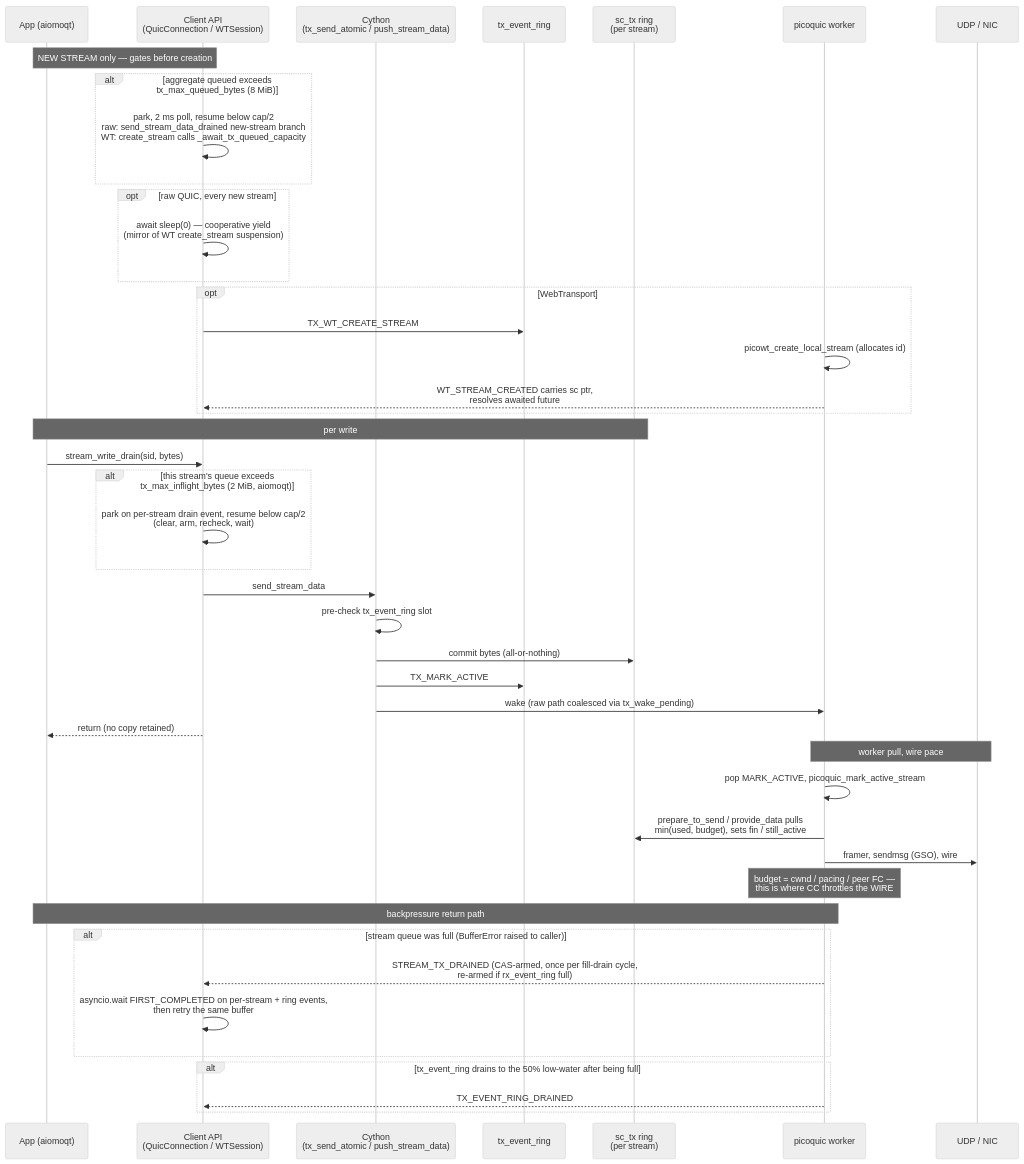
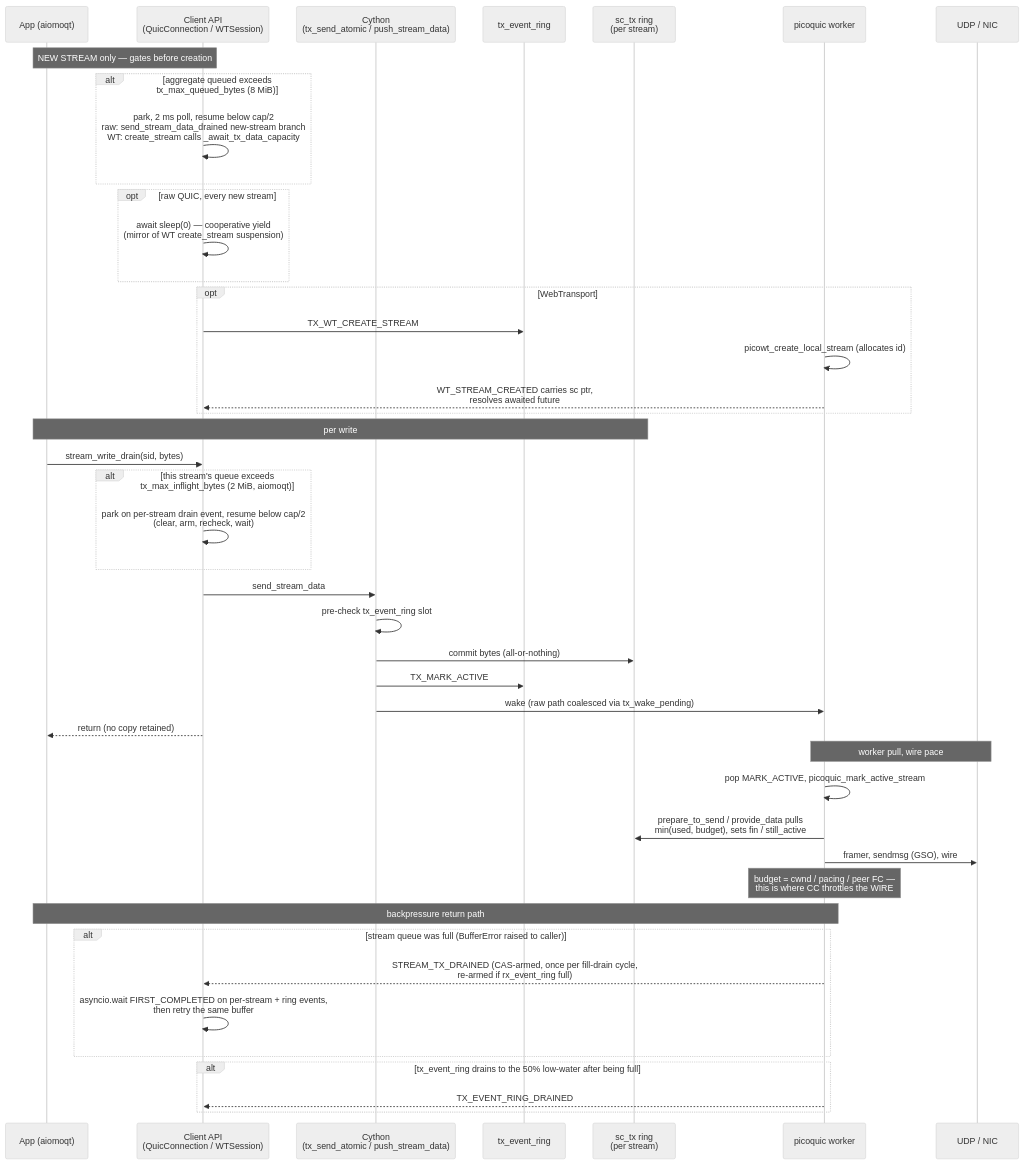
The first of 2 diagrams in DATAFLOW.md (gmarzot/aiopquic), drawn with Mermaid (neutral theme) before and after one commit. The commit also changed 15 other files, not shown here.

First line of the commit message:
0.3.7-wip: data-ring vs event-ring nomenclature — API renames (T2.5)

````diff
--- a/DATAFLOW.md
+++ b/DATAFLOW.md
@@ -43,50 +43,50 @@
 ```mermaid
 sequenceDiagram
     participant App as App (aiomoqt)
     participant API as Client API<br/>(QuicConnection / WTSession)
     participant CY as Cython<br/>(tx_send_atomic / push_stream_data)
     participant TXR as tx_event_ring
     participant SCTX as sc_tx ring<br/>(per stream)
     participant WK as picoquic worker
     participant NIC as UDP / NIC
 
     Note over App,API: NEW STREAM only — gates before creation
     alt aggregate queued exceeds tx_max_queued_bytes (8 MiB)
-        API->>API: park, 2 ms poll, resume below cap/2<br/>raw: send_stream_data_drained new-stream branch<br/>WT: create_stream calls _await_tx_queued_capacity
+        API->>API: park, 2 ms poll, resume below cap/2<br/>raw: send_stream_data_drained new-stream branch<br/>WT: create_stream calls _await_tx_data_capacity
     end
     opt raw QUIC, every new stream
         API->>API: await sleep(0) — cooperative yield<br/>(mirror of WT create_stream suspension)
     end
     opt WebTransport
         API->>TXR: TX_WT_CREATE_STREAM
         WK->>WK: picowt_create_local_stream (allocates id)
         WK-->>API: WT_STREAM_CREATED carries sc ptr,<br/>resolves awaited future
     end
 
     Note over App,SCTX: per write
     App->>API: stream_write_drain(sid, bytes)
     alt this stream's queue exceeds tx_max_inflight_bytes (2 MiB, aiomoqt)
         API->>API: park on per-stream drain event, resume below cap/2<br/>(clear, arm, recheck, wait)
     end
     API->>CY: send_stream_data
     CY->>CY: pre-check tx_event_ring slot
     CY->>SCTX: commit bytes (all-or-nothing)
     CY->>TXR: TX_MARK_ACTIVE
     CY->>WK: wake (raw path coalesced via tx_wake_pending)
     API-->>App: return (no copy retained)
 
     Note over WK,NIC: worker pull, wire pace
     WK->>WK: pop MARK_ACTIVE, picoquic_mark_active_stream
     WK->>SCTX: prepare_to_send / provide_data pulls<br/>min(used, budget), sets fin / still_active
     WK->>NIC: framer, sendmsg (GSO), wire
     Note over WK: budget = cwnd / pacing / peer FC —<br/>this is where CC throttles the WIRE
 
     Note over WK,App: backpressure return path
     alt stream queue was full (BufferError raised to caller)
         WK-->>API: STREAM_TX_DRAINED (CAS-armed, once per fill-drain cycle,<br/>re-armed if rx_event_ring full)
         API->>API: asyncio.wait FIRST_COMPLETED on per-stream + ring events,<br/>then retry the same buffer
     end
     alt tx_event_ring drains to the 50% low-water after being full
         WK-->>API: TX_EVENT_RING_DRAINED
     end
 ```
````
